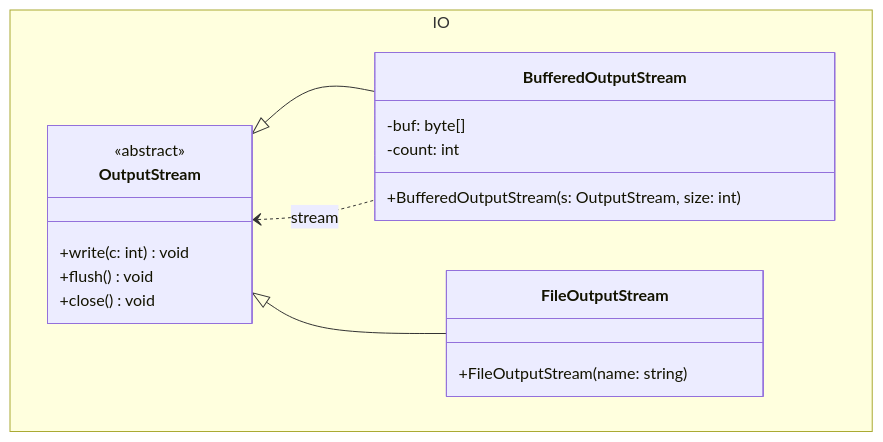
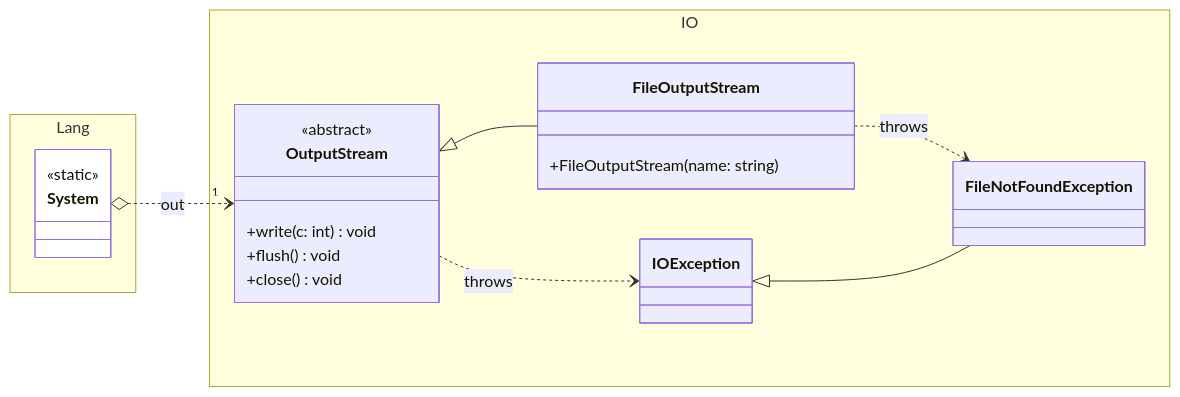
The diagram in Grafiken/IO/OutputStream.mmd (ghackenberg/kurs-java-programmierung), drawn with Mermaid before and after one commit. The commit also changed 12 other files, not shown here.

```diff
--- a/Grafiken/IO/OutputStream.mmd
+++ b/Grafiken/IO/OutputStream.mmd
@@ -1,28 +1,45 @@
 classDiagram
+
+    direction LR
+
+    namespace Lang {
+
+        class System {
+            <<static>>
+        }
+
+    }
 
     namespace IO {
 
         class OutputStream {
             <<abstract>>
             +write(c: int) void
             +flush() void
             +close() void
         }
 
-        class BufferedOutputStream {
-            -buf: byte[]
-            -count: int
-            +BufferedOutputStream(s: OutputStream, size: int)
+        class FileOutputStream {
+            +FileOutputStream(name: string)
         }
 
-        class FileOutputStream {
-            +FileOutputStream(name: string)
+        class IOException {
+
+        }
+
+        class FileNotFoundException {
+
         }
         
     }
 
-    OutputStream <|-- BufferedOutputStream
-
-    OutputStream <.. BufferedOutputStream: stream
+    System o..>"1" OutputStream: out
 
     OutputStream <|-- FileOutputStream
+    OutputStream ..> IOException: throws
+
+    FileOutputStream ..> FileNotFoundException: throws
+
+    IOException <|-- FileNotFoundException
+
+    style System fill:white
```
